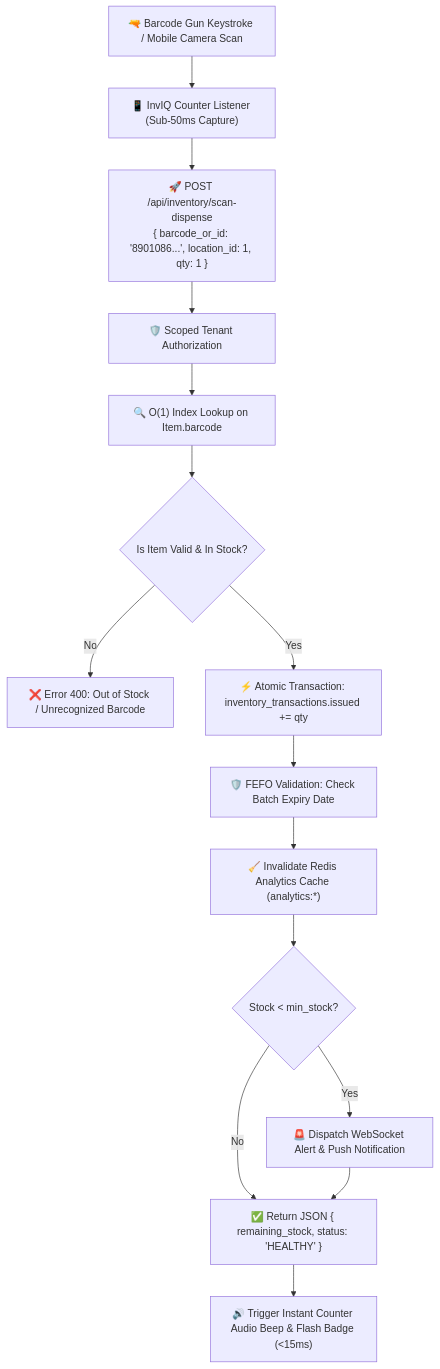
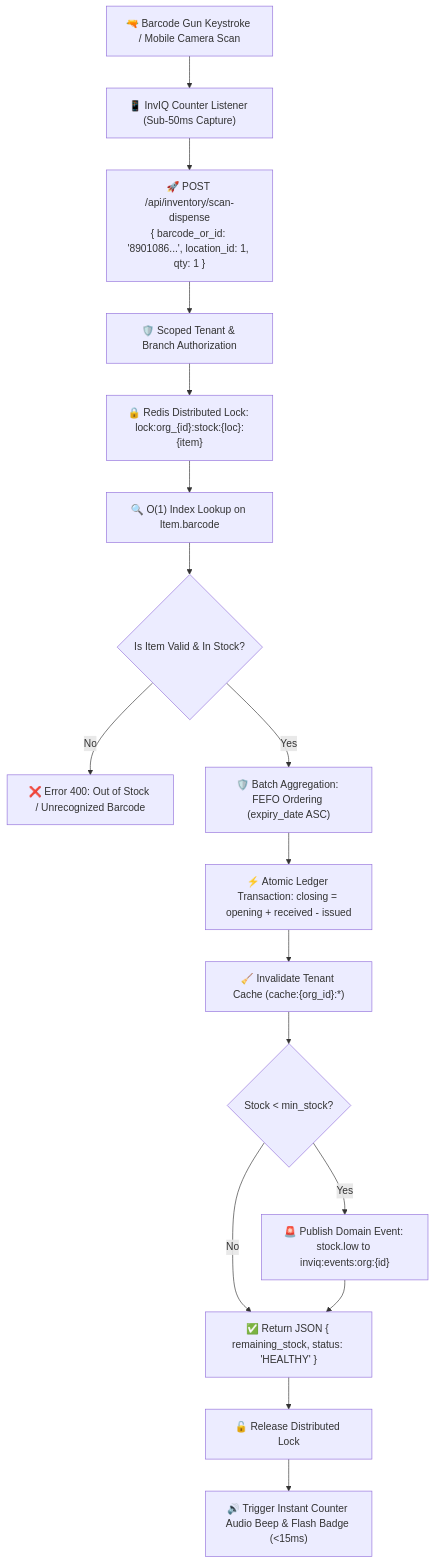
Before and after one commit to Rohitdas07x/inVIQ: the third of 4 diagrams in README.md, drawn with Mermaid. The commit also changed other lines of this file and 3 other files, not shown here.

````diff
--- a/README.md
+++ b/README.md
@@ -253,23 +278,25 @@
 ```mermaid
 flowchart TD
     Scan["🔫 Barcode Gun Keystroke / Mobile Camera Scan"] --> Input["📱 InvIQ Counter Listener (Sub-50ms Capture)"]
     Input --> Request["🚀 POST /api/inventory/scan-dispense<br/>{ barcode_or_id: '8901086...', location_id: 1, qty: 1 }"]
     
-    Request --> Auth["🛡️ Scoped Tenant Authorization"]
-    Auth --> Lookup["🔍 O(1) Index Lookup on Item.barcode"]
+    Request --> Auth["🛡️ Scoped Tenant & Branch Authorization"]
+    Auth --> Lock["🔒 Redis Distributed Lock: lock:org_{id}:stock:{loc}:{item}"]
+    Lock --> Lookup["🔍 O(1) Index Lookup on Item.barcode"]
     
     Lookup --> Check{"Is Item Valid & In Stock?"}
     Check -- No --> Error["❌ Error 400: Out of Stock / Unrecognized Barcode"]
     
-    Check -- Yes --> Atomic["⚡ Atomic Transaction: inventory_transactions.issued += qty"]
-    Atomic --> FEFO["🛡️ FEFO Validation: Check Batch Expiry Date"]
+    Check -- Yes --> FEFO["🛡️ Batch Aggregation: FEFO Ordering (expiry_date ASC)"]
+    FEFO --> Atomic["⚡ Atomic Ledger Transaction: closing = opening + received - issued"]
     
-    FEFO --> Cache["🧹 Invalidate Redis Analytics Cache (analytics:*)"]
+    Atomic --> Cache["🧹 Invalidate Tenant Cache (cache:{org_id}:*)"]
     Cache --> Threshold{"Stock < min_stock?"}
     
-    Threshold -- Yes --> Alert["🚨 Dispatch WebSocket Alert & Push Notification"]
+    Threshold -- Yes --> Alert["🚨 Publish Domain Event: stock.low to inviq:events:org:{id}"]
     Threshold -- No --> Resp["✅ Return JSON { remaining_stock, status: 'HEALTHY' }"]
     Alert --> Resp
     
-    Resp --> Audio["🔊 Trigger Instant Counter Audio Beep & Flash Badge (<15ms)"]
+    Resp --> Unlock["🔓 Release Distributed Lock"]
+    Unlock --> Audio["🔊 Trigger Instant Counter Audio Beep & Flash Badge (<15ms)"]
 ```
````
